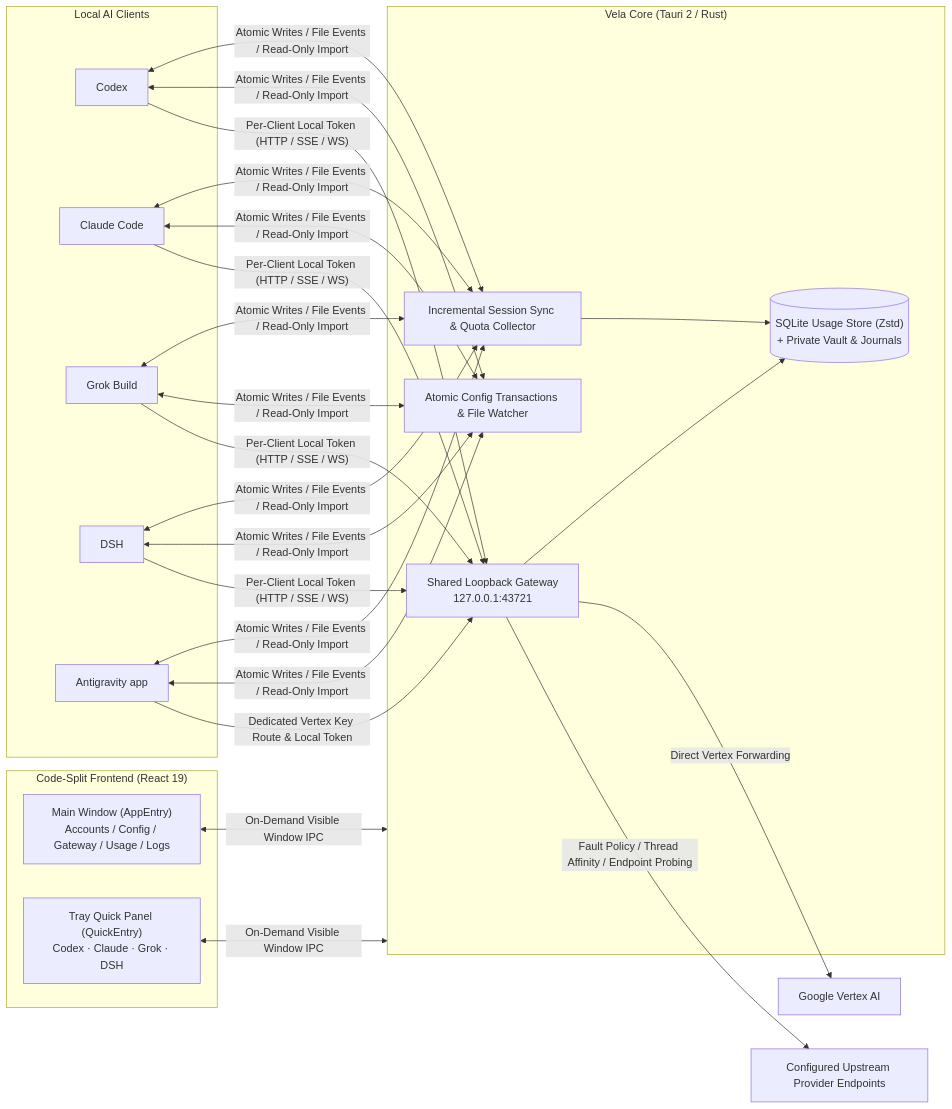
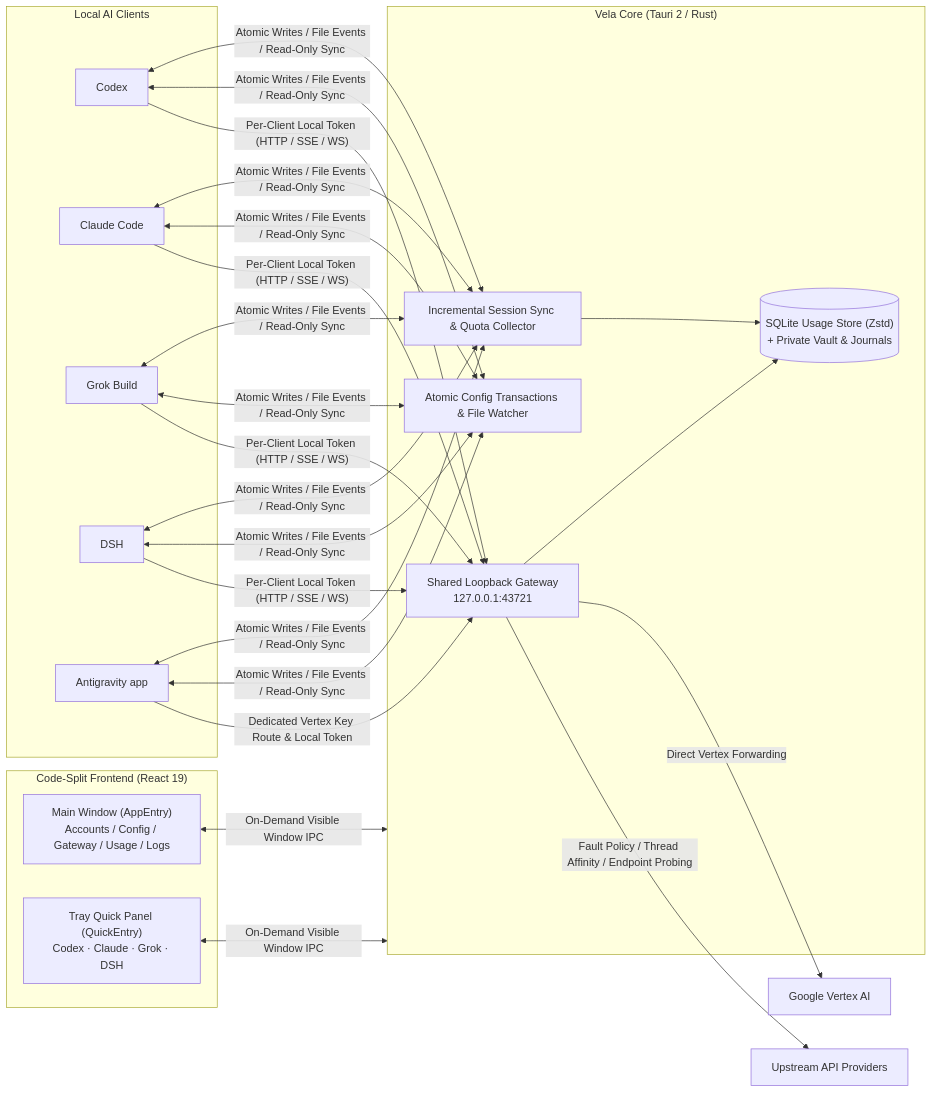
Before and after one commit to lich13/lich13-switch: the diagram in README.en.md, drawn with Mermaid. The commit also changed other lines of this file and 4 other files, not shown here.

````diff
--- a/README.en.md
+++ b/README.en.md
@@ -73,33 +78,33 @@
 ```mermaid
 flowchart LR
   subgraph Clients["Local AI Clients"]
     Codex["Codex"]
     Claude["Claude Code"]
     Grok["Grok Build"]
     DSH["DSH"]
     AG["Antigravity app"]
   end
 
   subgraph Core["Vela Core (Tauri 2 / Rust)"]
     GW["Shared Loopback Gateway\n127.0.0.1:43721"]
     Watch["Atomic Config Transactions & File Watcher"]
     Sync["Incremental Session Sync & Quota Collector"]
     DB[("SQLite Usage Store (Zstd)\n+ Private Vault & Journals")]
   end
 
   subgraph UI["Code-Split Frontend (React 19)"]
     Main["Main Window (AppEntry)\nAccounts / Config / Gateway / Usage / Logs"]
     Quick["Tray Quick Panel (QuickEntry)\nCodex · Claude · Grok · DSH"]
   end
 
-  Upstreams["Configured Upstream Provider Endpoints"]
+  Upstreams["Upstream API Providers"]
   Vertex["Google Vertex AI"]
 
   Codex & Claude & Grok & DSH -->|"Per-Client Local Token (HTTP / SSE / WS)"| GW
   GW -->|"Fault Policy / Thread Affinity / Endpoint Probing"| Upstreams
   AG -->|"Dedicated Vertex Key Route & Local Token"| GW
   GW -->|"Direct Vertex Forwarding"| Vertex
-  Codex & Claude & Grok & DSH & AG <-->|"Atomic Writes / File Events / Read-Only Import"| Watch & Sync
+  Codex & Claude & Grok & DSH & AG <-->|"Atomic Writes / File Events / Read-Only Sync"| Watch & Sync
   GW & Sync --> DB
   Main & Quick <-->|"On-Demand Visible Window IPC"| Core
 ```
````
